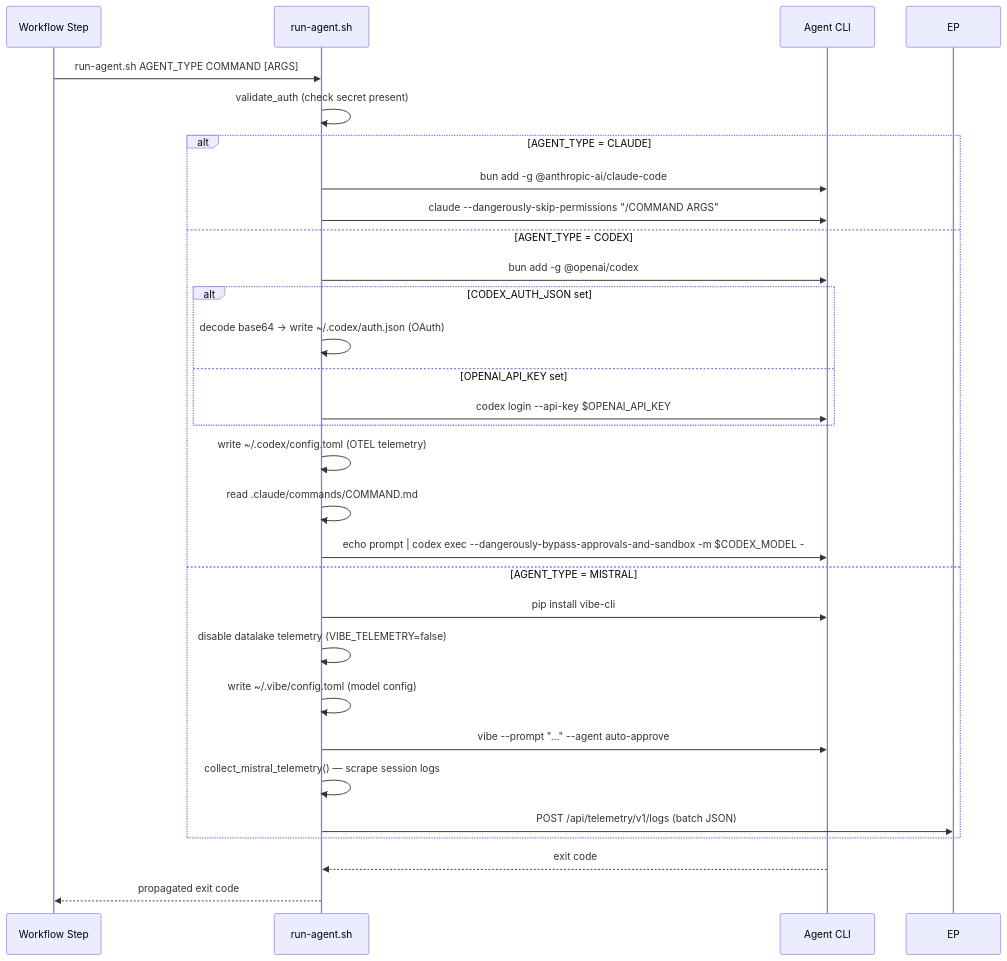
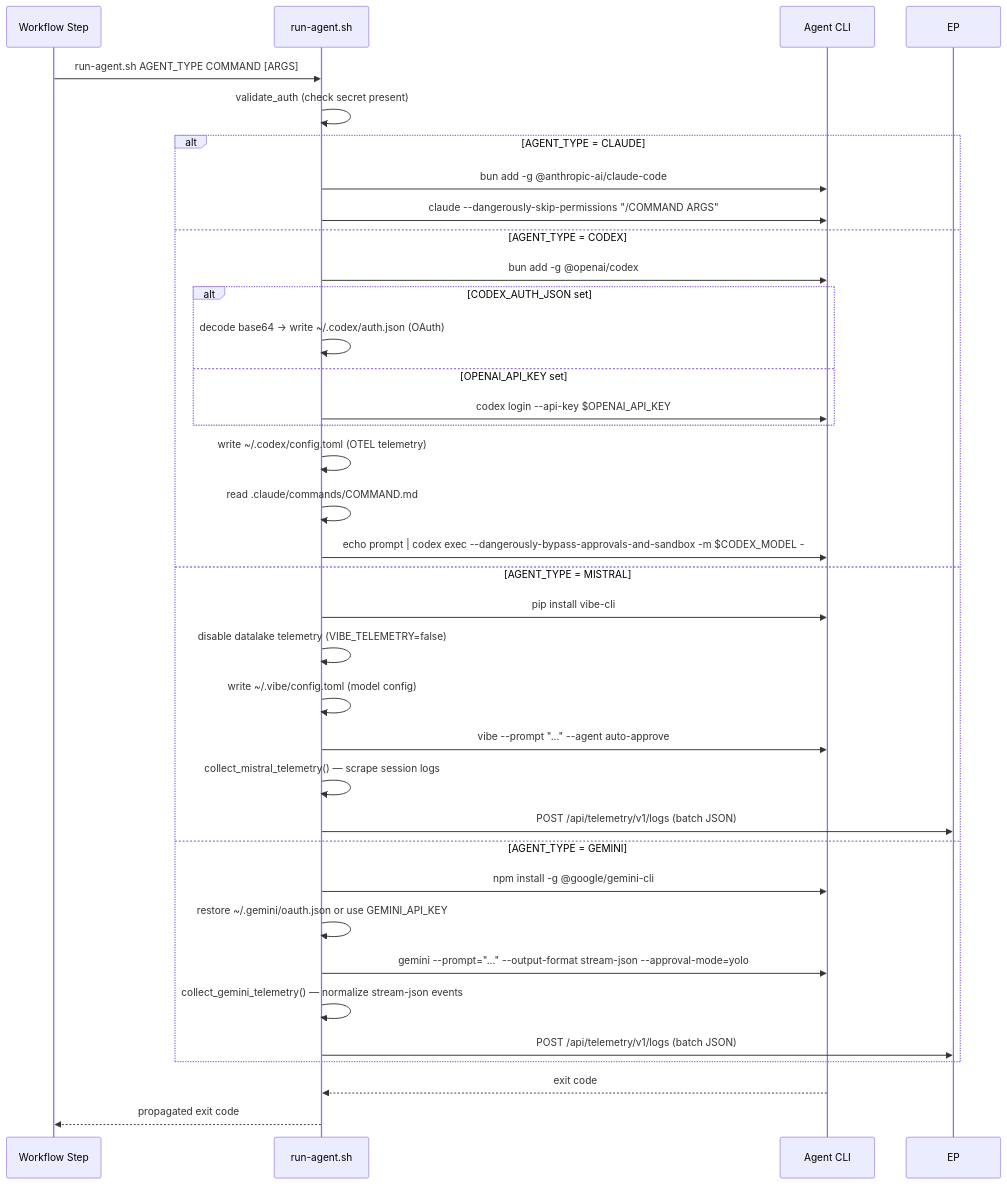
Before and after one commit to bfernandez31/ai-board: the second of 5 diagrams in specs/specifications/technical/implementation/integrations.md, drawn with Mermaid. The commit also changed other lines of this file and 10 other files, not shown here.

````diff
--- a/specs/specifications/technical/implementation/integrations.md
+++ b/specs/specifications/technical/implementation/integrations.md
@@ -492,32 +494,38 @@
 ```mermaid
 sequenceDiagram
     participant WF as Workflow Step
     participant RS as run-agent.sh
     participant CLI as Agent CLI
 
     WF->>RS: run-agent.sh AGENT_TYPE COMMAND [ARGS]
     RS->>RS: validate_auth (check secret present)
     alt AGENT_TYPE = CLAUDE
         RS->>CLI: bun add -g @anthropic-ai/claude-code
         RS->>CLI: claude --dangerously-skip-permissions "/COMMAND ARGS"
     else AGENT_TYPE = CODEX
         RS->>CLI: bun add -g @openai/codex
         alt CODEX_AUTH_JSON set
             RS->>RS: decode base64 → write ~/.codex/auth.json (OAuth)
         else OPENAI_API_KEY set
             RS->>CLI: codex login --api-key $OPENAI_API_KEY
         end
         RS->>RS: write ~/.codex/config.toml (OTEL telemetry)
         RS->>RS: read .claude/commands/COMMAND.md
         RS->>CLI: echo prompt | codex exec --dangerously-bypass-approvals-and-sandbox -m $CODEX_MODEL -
     else AGENT_TYPE = MISTRAL
         RS->>CLI: pip install vibe-cli
         RS->>RS: disable datalake telemetry (VIBE_TELEMETRY=false)
         RS->>RS: write ~/.vibe/config.toml (model config)
         RS->>CLI: vibe --prompt "..." --agent auto-approve
         RS->>RS: collect_mistral_telemetry() — scrape session logs
         RS->>EP: POST /api/telemetry/v1/logs (batch JSON)
+    else AGENT_TYPE = GEMINI
+        RS->>CLI: npm install -g @google/gemini-cli
+        RS->>RS: restore ~/.gemini/oauth.json or use GEMINI_API_KEY
+        RS->>CLI: gemini --prompt="..." --output-format stream-json --approval-mode=yolo
+        RS->>RS: collect_gemini_telemetry() — normalize stream-json events
+        RS->>EP: POST /api/telemetry/v1/logs (batch JSON)
     end
     CLI-->>RS: exit code
     RS-->>WF: propagated exit code
 ```
````
